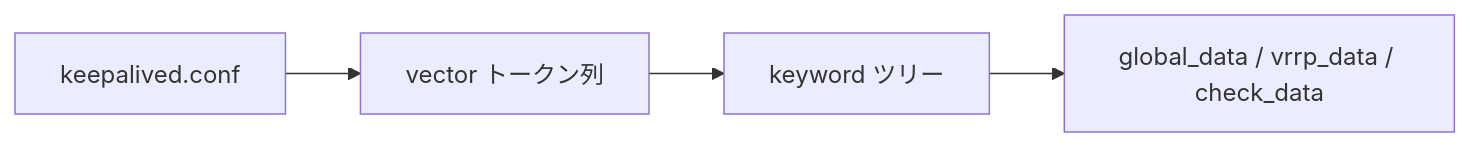
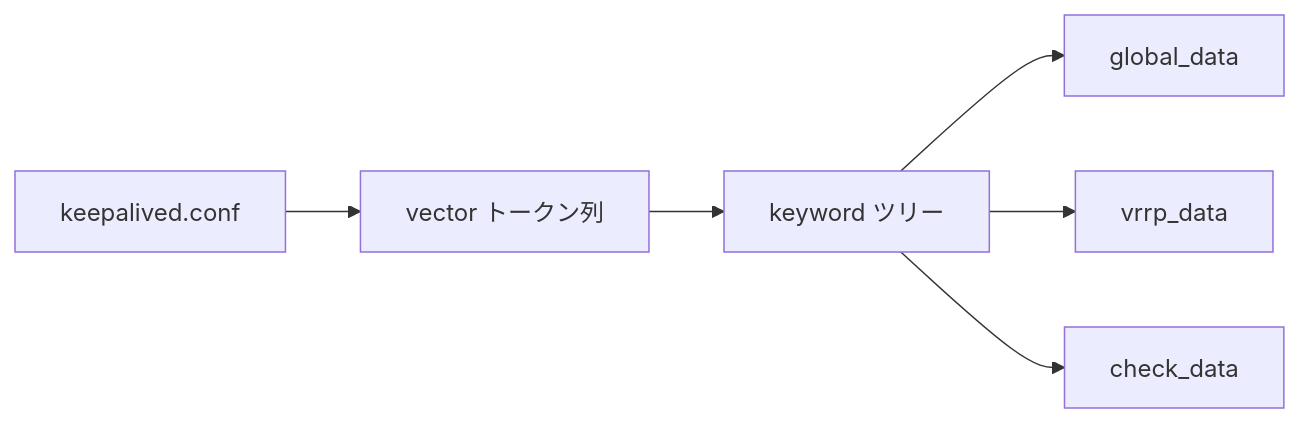
One commit to miyamadoKL/source-code-reading changed the diagram in keepalived/part01-foundation/04-parser-and-config.md. Above: the diagram before and after it, drawn with Mermaid. The commit also changed other lines of this file and 71 other files, not shown here.

````diff
--- a/keepalived/part01-foundation/04-parser-and-config.md
+++ b/keepalived/part01-foundation/04-parser-and-config.md
@@ -52,8 +173,13 @@
 ```mermaid
 flowchart LR
   FILE[keepalived.conf]
   VEC[vector トークン列]
   KW[keyword ツリー]
-  DATA[global_data / vrrp_data / check_data]
-  FILE --> VEC --> KW --> DATA
+  G[global_data]
+  V[vrrp_data]
+  C[check_data]
+  FILE --> VEC --> KW
+  KW --> G
+  KW --> V
+  KW --> C
 ```
````
